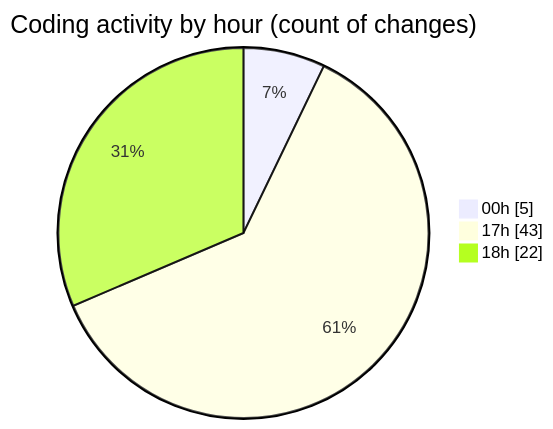
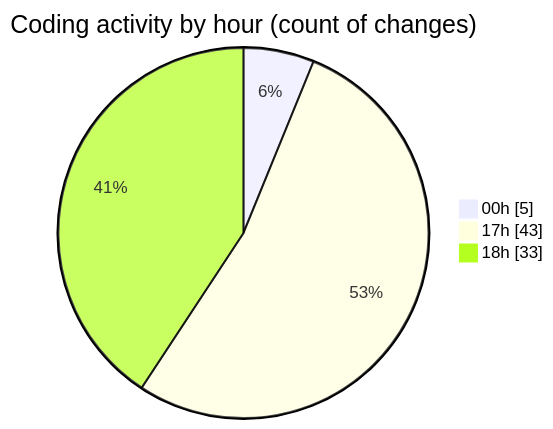
Before and after one commit to hasnaa123/code-tracking: the second of 2 diagrams in 2026-04-12/chatserver/README.md, drawn with Mermaid. The commit also changed other lines of this file and 1 other file, not shown here.

````diff
--- a/2026-04-12/chatserver/README.md
+++ b/2026-04-12/chatserver/README.md
@@ -32,7 +33,7 @@
 ```mermaid
 pie showData
 title Coding activity by hour (count of changes)
 "00h" : 5
 "17h" : 43
-"18h" : 22
+"18h" : 33
 ```
````
